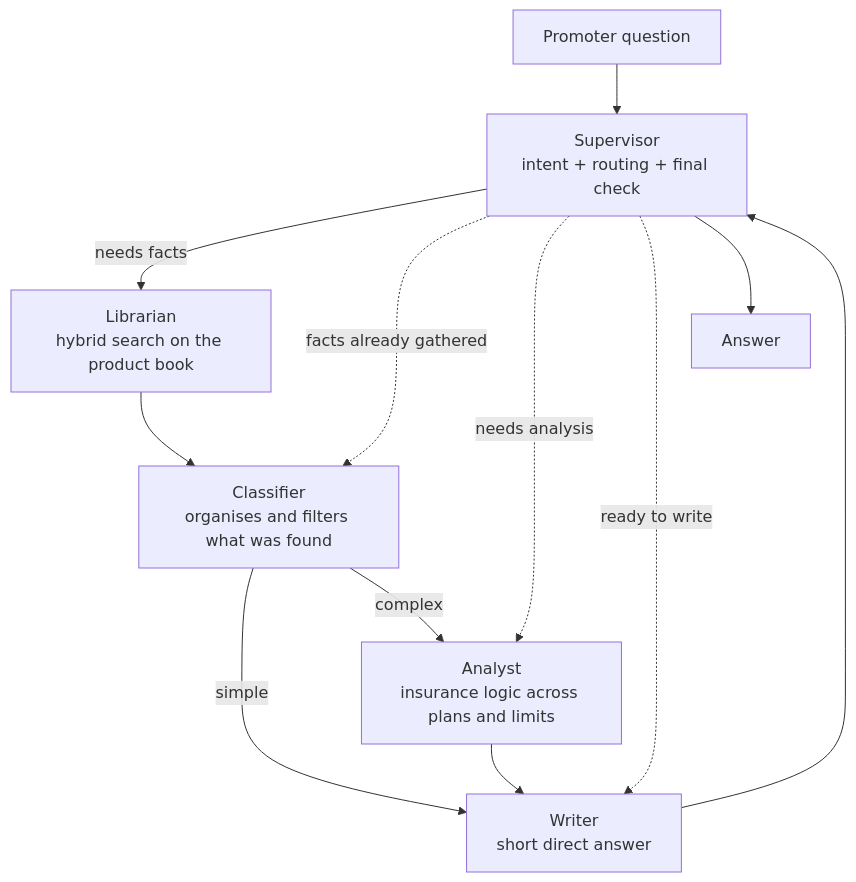
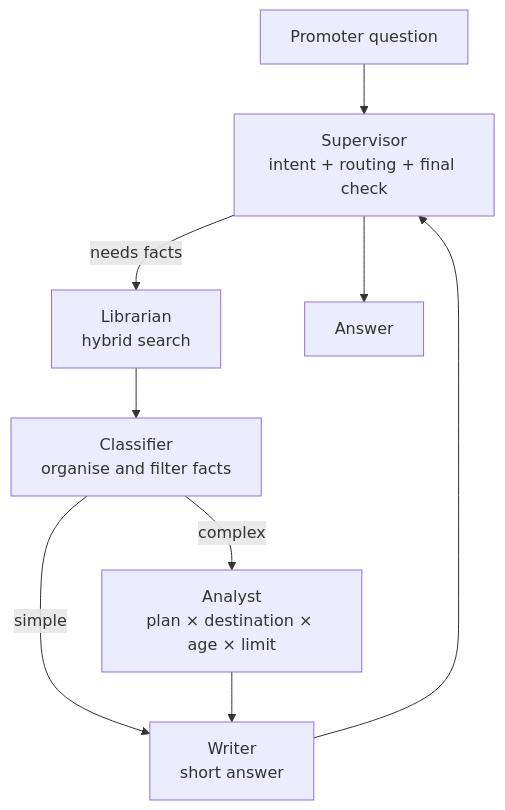
Before and after one commit to lucasboliveirasipp/travel-insurance-multiagent-rag: the diagram in README.md, drawn with Mermaid. The commit also changed other lines of this file and 45 other files, not shown here.

````diff
--- a/README.md
+++ b/README.md
@@ -21,14 +17,11 @@
 ```mermaid
 graph TD
     Q[Promoter question] --> S[Supervisor<br/>intent + routing + final check]
-    S -->|needs facts| L[Librarian<br/>hybrid search on the product book]
-    S -.->|facts already gathered| C
-    S -.->|needs analysis| A
-    S -.->|ready to write| W
-    L --> C[Classifier<br/>organises and filters what was found]
-    C -->|simple| W[Writer<br/>short direct answer]
-    C -->|complex| A[Analyst<br/>insurance logic across plans and limits]
+    S -->|needs facts| L[Librarian<br/>hybrid search]
+    L --> C[Classifier<br/>organise and filter facts]
+    C -->|simple| W[Writer<br/>short answer]
+    C -->|complex| A[Analyst<br/>plan × destination × age × limit]
     A --> W
     W --> S
     S --> R[Answer]
 ```
````
